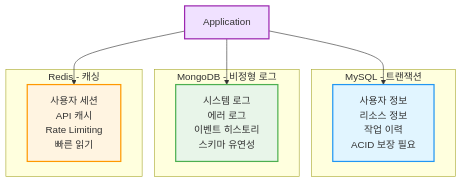
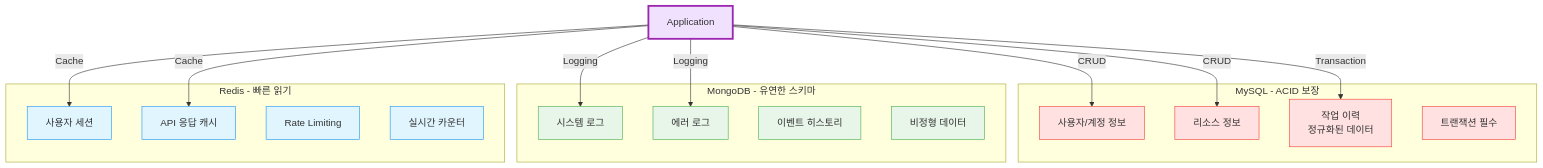
One commit to 1985jwlee/production-iot-backend changed the tenth of 13 diagrams in README.md. Above: the diagram before and after it, drawn with Mermaid. The commit also changed other lines of this file and 1 other file, not shown here.

````diff
--- a/README.md
+++ b/README.md
@@ -597,25 +532,47 @@
 ```mermaid
 graph TB
-    subgraph "MySQL - 트랜잭션"
-        MYSQL_USE[사용자 정보<br/>리소스 정보<br/>작업 이력<br/>ACID 보장 필요]
+    subgraph "MySQL - ACID 보장"
+        M1[사용자/계정 정보]
+        M2[리소스 정보]
+        M3[작업 이력<br/>정규화된 데이터]
+        M4[트랜잭션 필수]
     end
     
-    subgraph "MongoDB - 비정형 로그"
-        MONGO_USE[시스템 로그<br/>에러 로그<br/>이벤트 히스토리<br/>스키마 유연성]
+    subgraph "MongoDB - 유연한 스키마"
+        MG1[시스템 로그]
+        MG2[에러 로그]
+        MG3[이벤트 히스토리]
+        MG4[비정형 데이터]
     end
     
-    subgraph "Redis - 캐싱"
-        REDIS_USE[사용자 세션<br/>API 캐시<br/>Rate Limiting<br/>빠른 읽기]
+    subgraph "Redis - 빠른 읽기"
+        R1[사용자 세션]
+        R2[API 응답 캐시]
+        R3[Rate Limiting]
+        R4[실시간 카운터]
     end
     
     APP[Application]
     
-    APP --> MYSQL_USE
-    APP --> MONGO_USE
-    APP --> REDIS_USE
+    APP -->|CRUD| M1
+    APP -->|CRUD| M2
+    APP -->|Transaction| M3
+    APP -->|Logging| MG1
+    APP -->|Logging| MG2
+    APP -->|Cache| R1
+    APP -->|Cache| R2
     
-    style MYSQL_USE fill:#e1f5ff,stroke:#2196f3,stroke-width:2px
-    style MONGO_USE fill:#e8f5e9,stroke:#4caf50,stroke-width:2px
-    style REDIS_USE fill:#fff4e1,stroke:#ff9800,stroke-width:2px
-    style APP fill:#f0e1ff,stroke:#9c27b0,stroke-width:2px
+    style M1 fill:#ffe1e1,stroke:#f44336
+    style M2 fill:#ffe1e1,stroke:#f44336
+    style M3 fill:#ffe1e1,stroke:#f44336
+    style M4 fill:#ffe1e1,stroke:#f44336
+    style MG1 fill:#e8f5e9,stroke:#4caf50
+    style MG2 fill:#e8f5e9,stroke:#4caf50
+    style MG3 fill:#e8f5e9,stroke:#4caf50
+    style MG4 fill:#e8f5e9,stroke:#4caf50
+    style R1 fill:#e1f5ff,stroke:#2196f3
+    style R2 fill:#e1f5ff,stroke:#2196f3
+    style R3 fill:#e1f5ff,stroke:#2196f3
+    style R4 fill:#e1f5ff,stroke:#2196f3
+    style APP fill:#f0e1ff,stroke:#9c27b0,stroke-width:3px
 ```
````
